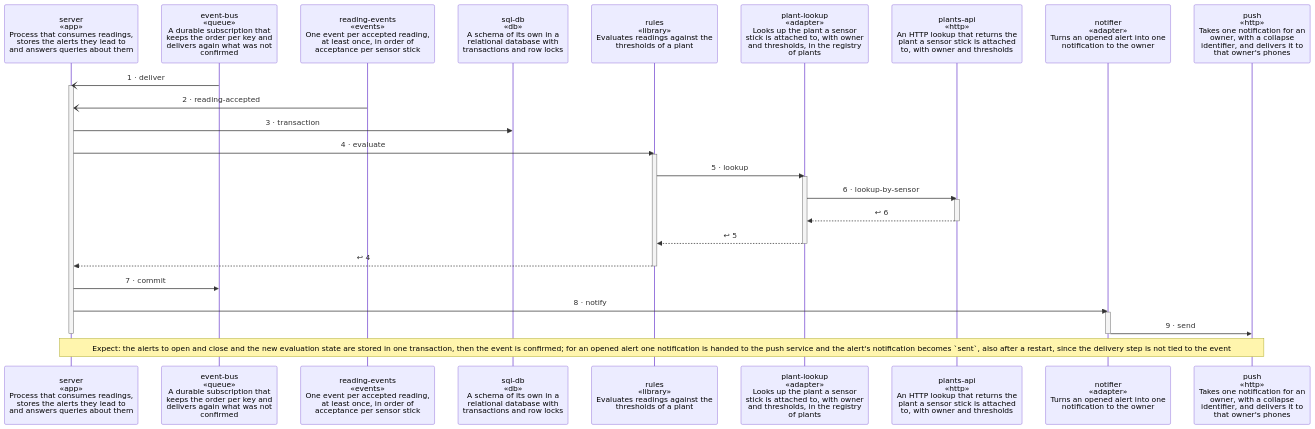
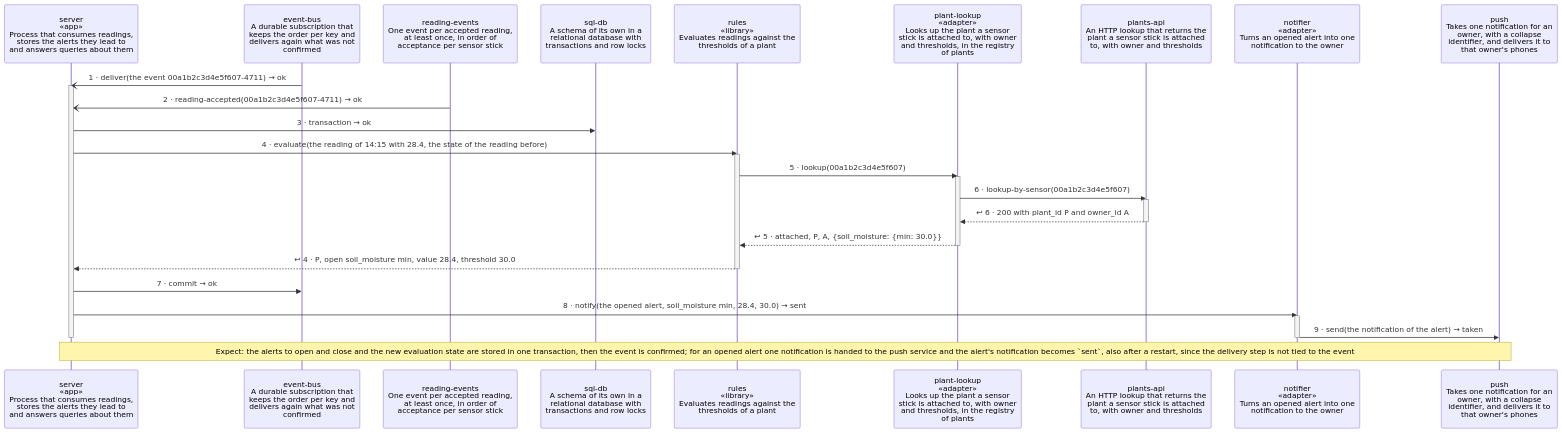
The diagram in examples/plantwatch/cloud/services/alerts/docs/diagrams/scenario-handle-a-reading.md (wackazong/unifold), drawn with Mermaid before and after one commit. The commit also changed other lines of this file and 213 other files, not shown here.

````diff
--- a/examples/plantwatch/cloud/services/alerts/docs/diagrams/scenario-handle-a-reading.md
+++ b/examples/plantwatch/cloud/services/alerts/docs/diagrams/scenario-handle-a-reading.md
@@ -12,40 +12,40 @@
 ```mermaid
 ---
 config:
   sequence:
     height: 124
 ---
 sequenceDiagram
   participant pserver as server<br/>«app»<br/>Process that consumes readings,<br/>stores the alerts they lead to<br/>and answers queries about them
-  participant pevent_dbus as event-bus<br/>«queue»<br/>A durable subscription that<br/>keeps the order per key and<br/>delivers again what was not<br/>confirmed
-  participant preading_devents as reading-events<br/>«events»<br/>One event per accepted reading,<br/>at least once, in order of<br/>acceptance per sensor stick
-  participant psql_ddb as sql-db<br/>«db»<br/>A schema of its own in a<br/>relational database with<br/>transactions and row locks
+  participant pevent_dbus as event-bus<br/>A durable subscription that<br/>keeps the order per key and<br/>delivers again what was not<br/>confirmed
+  participant preading_devents as reading-events<br/>One event per accepted reading,<br/>at least once, in order of<br/>acceptance per sensor stick
+  participant psql_ddb as sql-db<br/>A schema of its own in a<br/>relational database with<br/>transactions and row locks
   participant prules as rules<br/>«library»<br/>Evaluates readings against the<br/>thresholds of a plant
   participant pplant_dlookup as plant-lookup<br/>«adapter»<br/>Looks up the plant a sensor<br/>stick is attached to, with owner<br/>and thresholds, in the registry<br/>of plants
-  participant pplants_dapi as plants-api<br/>«http»<br/>An HTTP lookup that returns the<br/>plant a sensor stick is attached<br/>to, with owner and thresholds
+  participant pplants_dapi as plants-api<br/>An HTTP lookup that returns the<br/>plant a sensor stick is attached<br/>to, with owner and thresholds
   participant pnotifier as notifier<br/>«adapter»<br/>Turns an opened alert into one<br/>notification to the owner
-  participant ppush as push<br/>«http»<br/>Takes one notification for an<br/>owner, with a collapse<br/>identifier, and delivers it to<br/>that owner's phones
-  pevent_dbus-)pserver: 1 · deliver
+  participant ppush as push<br/>Takes one notification for an<br/>owner, with a collapse<br/>identifier, and delivers it to<br/>that owner's phones
+  pevent_dbus-)pserver: 1 · deliver(the event 00a1b2c3d4e5f607-4711) → ok
   activate pserver
-  preading_devents-)pserver: 2 · reading-accepted
-  pserver->>psql_ddb: 3 · transaction
-  pserver->>prules: 4 · evaluate
+  preading_devents-)pserver: 2 · reading-accepted(00a1b2c3d4e5f607-4711) → ok
+  pserver->>psql_ddb: 3 · transaction → ok
+  pserver->>prules: 4 · evaluate(the reading of 14:15 with 28.4, the state of the reading before)
   activate prules
-  prules->>pplant_dlookup: 5 · lookup
+  prules->>pplant_dlookup: 5 · lookup(00a1b2c3d4e5f607)
   activate pplant_dlookup
-  pplant_dlookup->>pplants_dapi: 6 · lookup-by-sensor
+  pplant_dlookup->>pplants_dapi: 6 · lookup-by-sensor(00a1b2c3d4e5f607)
   activate pplants_dapi
-  pplants_dapi-->>pplant_dlookup: ↩ 6
+  pplants_dapi-->>pplant_dlookup: ↩ 6 · 200 with plant_id P and owner_id A
   deactivate pplants_dapi
-  pplant_dlookup-->>prules: ↩ 5
+  pplant_dlookup-->>prules: ↩ 5 · attached, P, A, {soil_moisture: {min: 30.0}}
   deactivate pplant_dlookup
-  prules-->>pserver: ↩ 4
+  prules-->>pserver: ↩ 4 · P, open soil_moisture min, value 28.4, threshold 30.0
   deactivate prules
-  pserver->>pevent_dbus: 7 · commit
-  pserver->>pnotifier: 8 · notify
+  pserver->>pevent_dbus: 7 · commit → ok
+  pserver->>pnotifier: 8 · notify(the opened alert, soil_moisture min, 28.4, 30.0) → sent
   activate pnotifier
-  pnotifier->>ppush: 9 · send
+  pnotifier->>ppush: 9 · send(the notification of the alert) → taken
   deactivate pnotifier
   deactivate pserver
   Note over pserver,ppush: wrap: Expect: the alerts to open and close and the new evaluation state are stored in one transaction, then the event is confirmed#59; for an opened alert one notification is handed to the push service and the alert's notification becomes `sent`, also after a restart, since the delivery step is not tied to the event
 ```
````
